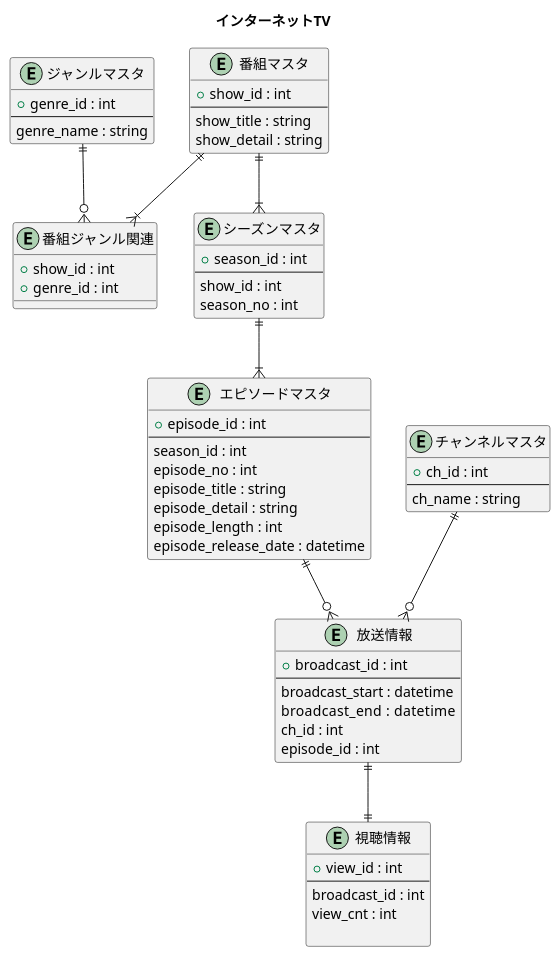
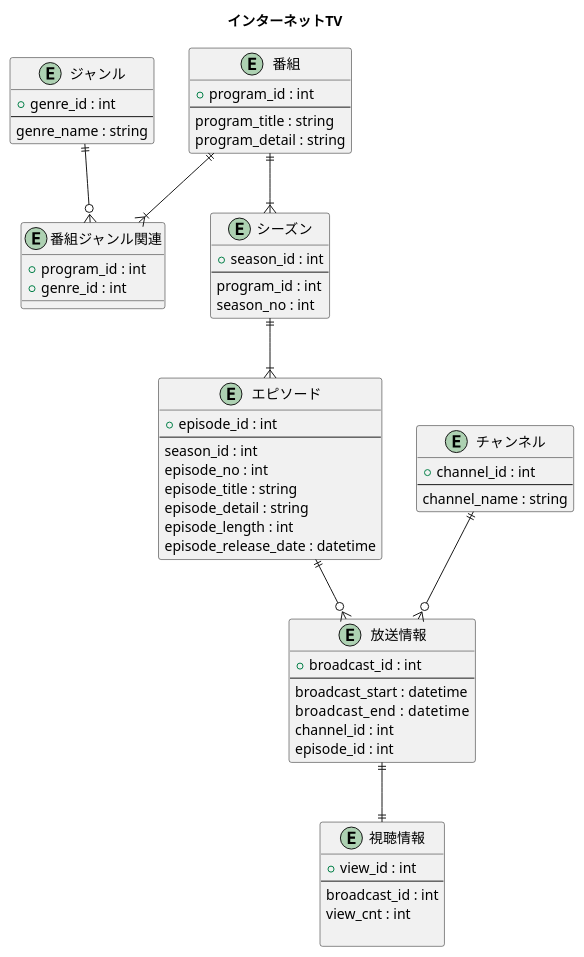
The diagram in doc/internet_tv_er.pu (ryuseim1115/apprentice-term2), drawn with PlantUML before and after one commit. The commit also changed 37 other files, not shown here.

```diff
--- a/doc/internet_tv_er.pu
+++ b/doc/internet_tv_er.pu
@@ -1,94 +1,94 @@
 @startuml TERM2
 title インターネットTV
 
 ' ====================
 ' 番組・ジャンル系
 ' ====================
-entity "番組マスタ" as show_master {
-    + show_id : int
+entity "番組" as program {
+    + program_id : int
     --
-    show_title : string
-    show_detail : string  
+    program_title : string
+    program_detail : string  
 }
 
-entity "ジャンルマスタ" as genre_master{
+entity "ジャンル" as genre{
     + genre_id : int
     --
     genre_name : string
 }
 
-entity "番組ジャンル関連" as show_genre {
-    + show_id : int
+entity "番組ジャンル関連" as program_genre {
+    + program_id : int
     + genre_id : int
 }
 
 ' ====================
 ' シーズン・エピソード系
 ' ====================
-entity "シーズンマスタ" as season_master {
+entity "シーズン" as season {
     + season_id : int
     --
-    show_id : int
+    program_id : int
     season_no : int
 }
 
-entity "エピソードマスタ" as episode_master{
+entity "エピソード" as episode{
     + episode_id : int
     --
     season_id : int
     episode_no : int
     episode_title : string
     episode_detail : string
     episode_length : int
     episode_release_date : datetime
 }
 
 ' ====================
 ' チャンネル系
 ' ====================
 
-entity "チャンネルマスタ" as ch_master {
-    + ch_id : int
+entity "チャンネル" as channel {
+    + channel_id : int
     --
-    ch_name : string
+    channel_name : string
 }
 
 ' ====================
 ' 放送情報系
 ' ====================
 
 entity "放送情報" as broadcast {
     + broadcast_id : int
     --
     broadcast_start : datetime
     broadcast_end   : datetime
-    ch_id : int
+    channel_id : int
     episode_id : int
 }
 
 ' ====================
 ' 視聴実績系
 ' ====================
 entity "視聴情報" as view_info {
    + view_id : int
    --
    broadcast_id : int
    view_cnt : int
    
 }
 
 ' ====================
 ' リレーション
 ' ====================
-show_master   ||--|{ season_master
-season_master||--|{ episode_master
+program   ||--|{ season
+season||--|{ episode
 
-episode_master ||--o{ broadcast
-ch_master ||--o{ broadcast
+episode ||--o{ broadcast
+channel ||--o{ broadcast
 
 broadcast ||--|| view_info
 
-show_master ||--|{ show_genre
-genre_master ||--o{ show_genre
+program ||--|{ program_genre
+genre ||--o{ program_genre
 
 @enduml
```
